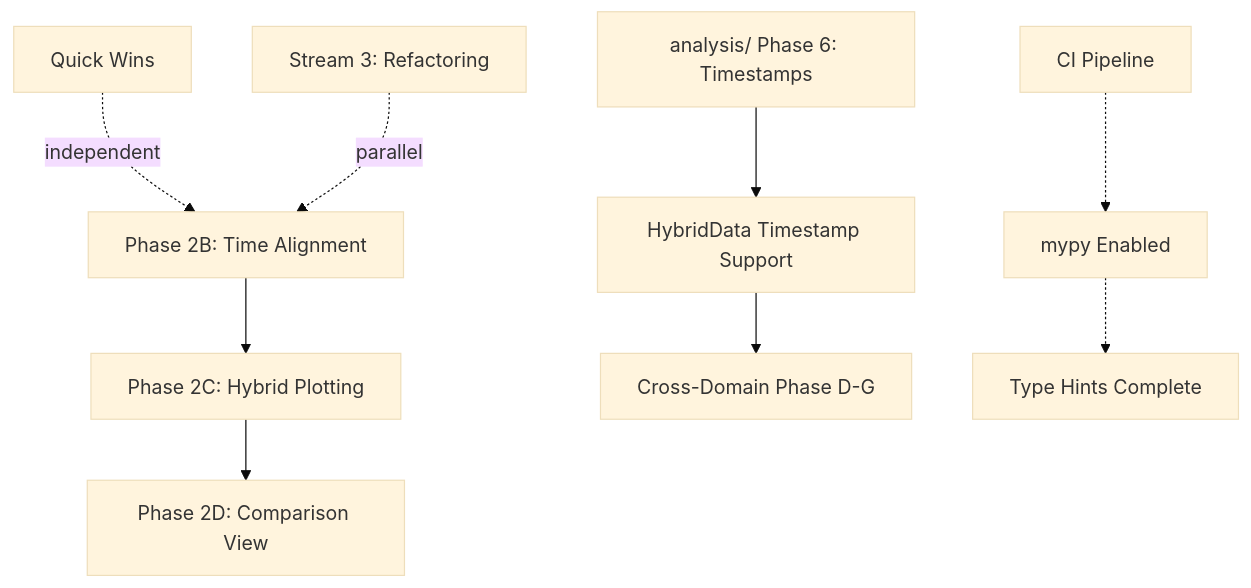
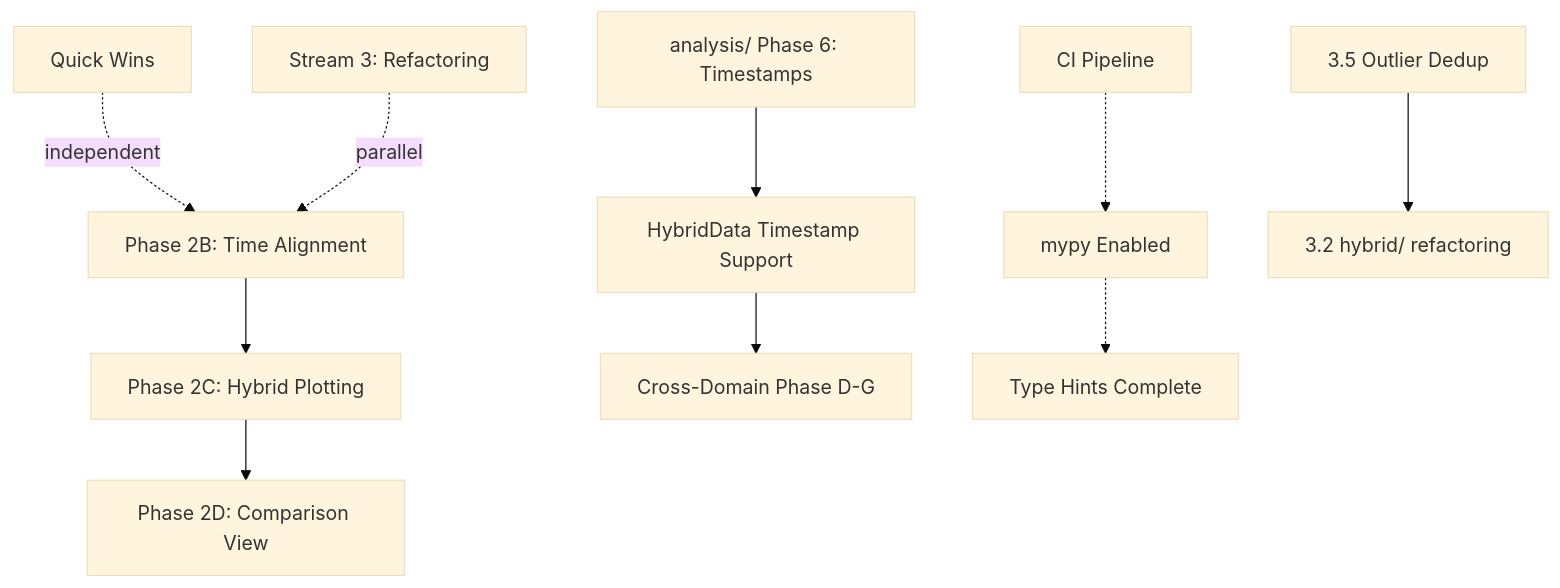
One commit to MagnetDB/python_magnetrun changed the diagram in prompts/ROADMAP.md. Above: the diagram before and after it, drawn with Mermaid (base theme). The commit also changed other lines of this file and 6 other files, not shown here.

````diff
--- a/prompts/ROADMAP.md
+++ b/prompts/ROADMAP.md
@@ -247,14 +258,15 @@
 ```mermaid
 graph TD
     A[Phase 2B: Time Alignment] --> B[Phase 2C: Hybrid Plotting]
     B --> C[Phase 2D: Comparison View]
 
     D[analysis/ Phase 6: Timestamps] --> E[HybridData Timestamp Support]
     E --> F[Cross-Domain Phase D-G]
 
     G[CI Pipeline] -.-> H[mypy Enabled]
     H -.-> I[Type Hints Complete]
 
     J[Quick Wins] -.independent.-> A
     K[Stream 3: Refactoring] -.parallel.-> A
+    L[3.5 Outlier Dedup] --> M[3.2 hybrid/ refactoring]
 ```
````
